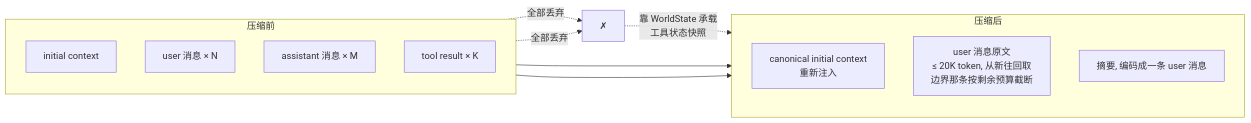
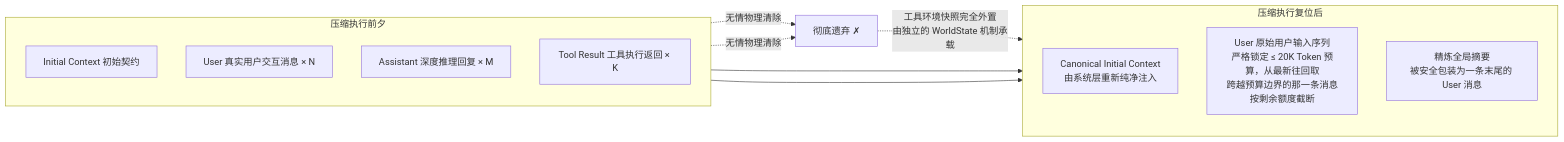
Diagram 13 of 19 in agent-context-compression/Agent_Context_Compression_Research.md (caiboyang/ML-learning), drawn with Mermaid before and after one commit. The commit also changed other lines of this file and 4 other files, not shown here.

````diff
--- a/agent-context-compression/Agent_Context_Compression_Research.md
+++ b/agent-context-compression/Agent_Context_Compression_Research.md
@@ -1402,21 +1416,21 @@
 ```mermaid
 flowchart LR
-    subgraph BEFORE["压缩前"]
+    subgraph BEFORE["压缩执行前夕"]
         direction TB
-        b1["initial context"]
-        b2["user 消息 × N"]
-        b3["assistant 消息 × M"]
-        b4["tool result × K"]
+        b1["Initial Context 初始契约"]
+        b2["User 真实用户交互消息 × N"]
+        b3["Assistant 深度推理回复 × M"]
+        b4["Tool Result 工具执行返回 × K"]
     end
-    subgraph AFTER["压缩后"]
+    subgraph AFTER["压缩执行复位后"]
         direction TB
-        a1["canonical initial context<br/>重新注入"]
-        a2["user 消息原文<br/>≤ 20K token, 从新往回取<br/>边界那条按剩余预算截断"]
-        a3["摘要, 编码成一条 user 消息"]
+        a1["Canonical Initial Context<br/>由系统层重新纯净注入"]
+        a2["User 原始用户输入序列<br/>严格锁定 ≤ 20K Token 预算，从最新往回取<br/>跨越预算边界的那一条消息按剩余额度截断"]
+        a3["精炼全局摘要<br/>被安全包装为一条末尾的 User 消息"]
     end
     b1 --> a1
     b2 --> a2
-    b3 -.->|"全部丢弃"| X["✗"]
-    b4 -.->|"全部丢弃"| X
-    X -.->|"靠 WorldState 承载<br/>工具状态快照"| a3
+    b3 -.->|"无情物理清除"| X["彻底遗弃 ✗"]
+    b4 -.->|"无情物理清除"| X
+    X -.->|"工具环境快照完全外置<br/>由独立的 WorldState 机制承载"| a3
 ```
````
